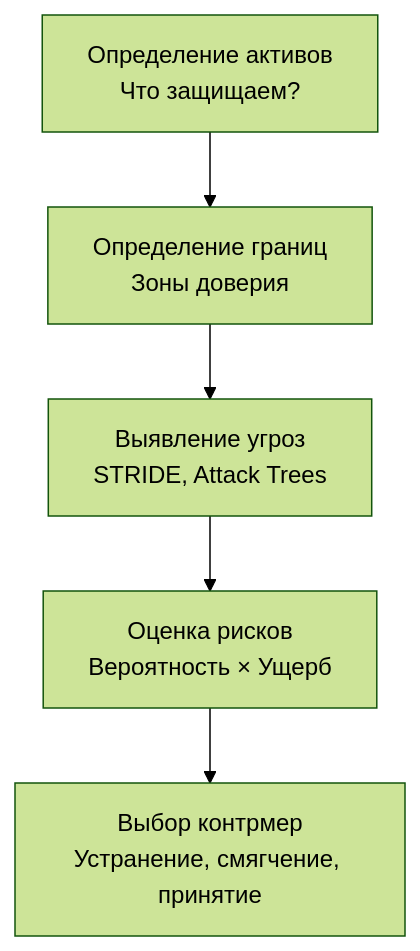
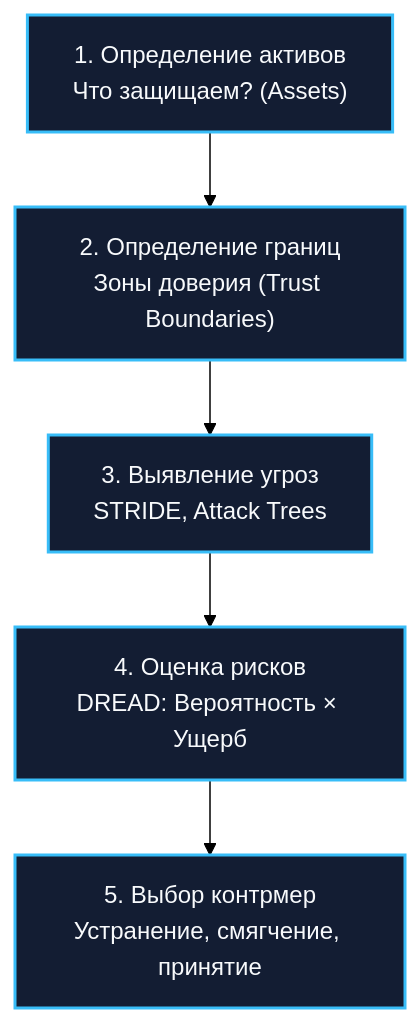
One commit to UnrealTemplier/go-textbook changed the first of 2 diagrams in sources/11. Архитектура и System Design/44. Безопасность архитектуры. Threat modeling.md. Above: the diagram before and after it, drawn with Mermaid (forest theme). The commit also changed other lines of this file, not shown here.

````diff
--- a/sources/11. Архитектура и System Design/44. Безопасность архитектуры. Threat modeling.md
+++ b/sources/11. Архитектура и System Design/44. Безопасность архитектуры. Threat modeling.md
@@ -18,10 +26,13 @@
 ```mermaid
 flowchart TD
-    Assets["Определение активов<br>Что защищаем?"]
-    Boundaries["Определение границ<br>Зоны доверия"]
-    Threats["Выявление угроз<br>STRIDE, Attack Trees"]
-    Risk["Оценка рисков<br>Вероятность × Ущерб"]
-    Mitigation["Выбор контрмер<br>Устранение, смягчение, принятие"]
+    Assets["1. Определение активов<br>Что защищаем? (Assets)"]
+    Boundaries["2. Определение границ<br>Зоны доверия (Trust Boundaries)"]
+    Threats["3. Выявление угроз<br>STRIDE, Attack Trees"]
+    Risk["4. Оценка рисков<br>DREAD: Вероятность × Ущерб"]
+    Mitigation["5. Выбор контрмер<br>Устранение, смягчение, принятие"]
 
     Assets --> Boundaries --> Threats --> Risk --> Mitigation
+
+    classDef proc fill:#131d33,stroke:#38bdf8,stroke-width:2px,color:#f8fafc;
+    class Assets,Boundaries,Threats,Risk,Mitigation proc;
 ```
````
